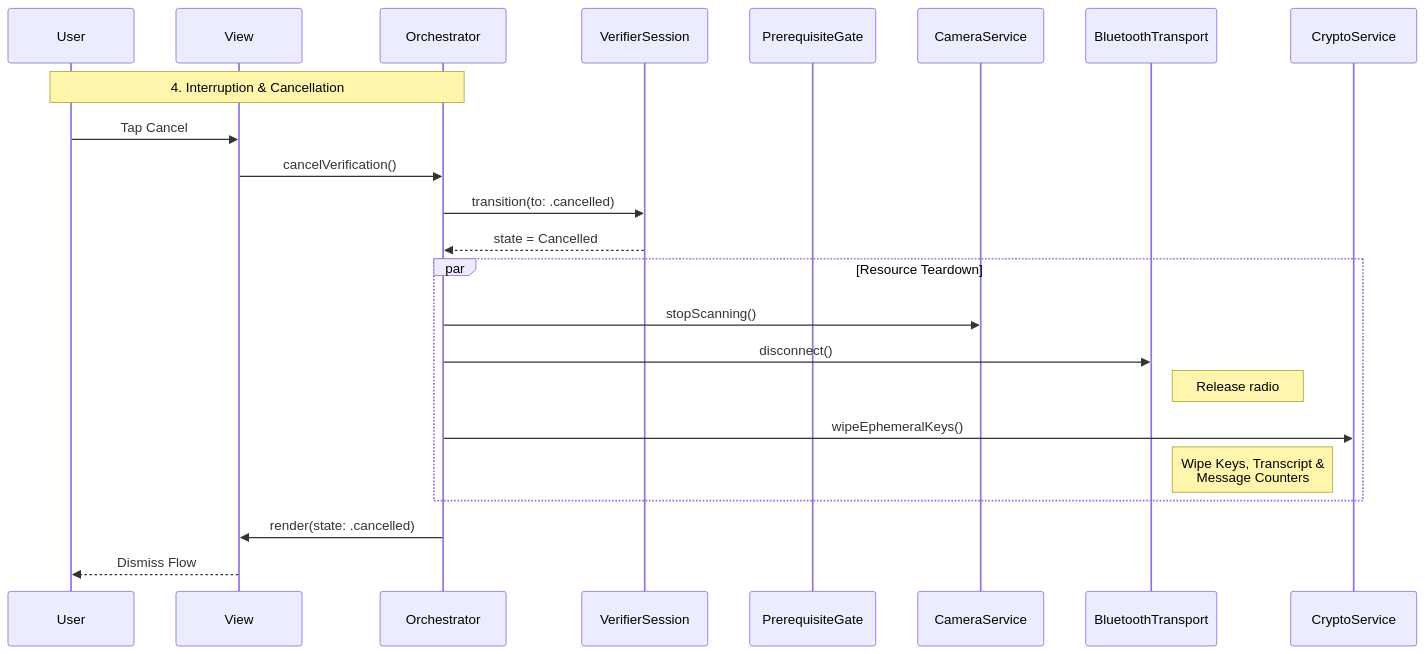
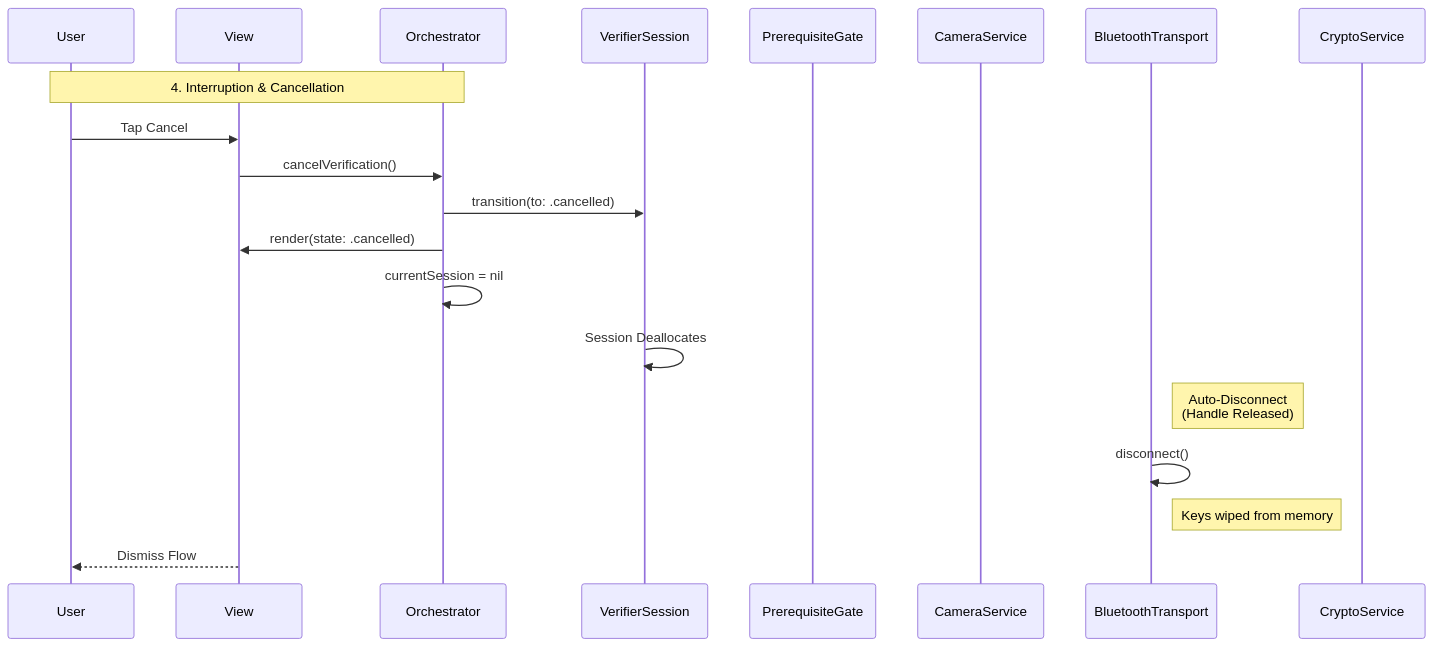
Before and after one commit to govuk-one-login/mobile-credential-sharing-docs: the eighth of 8 diagrams in verifier-solution-architecture.md, drawn with Mermaid. The commit also changed other lines of this file, not shown here.

Commit message:
updates to verifier solution architecture to match holder

````diff
--- a/verifier-solution-architecture.md
+++ b/verifier-solution-architecture.md
@@ -524,33 +560,33 @@
 ```mermaid
 sequenceDiagram
     participant User
     participant UI as View
     participant OR as Orchestrator
     participant VS as VerifierSession
     participant PG as PrerequisiteGate
     participant CAM as CameraService
     participant BLE as BluetoothTransport
     participant CRY as CryptoService
 
     Note over User, OR: 4. Interruption & Cancellation
 
     User->>UI: Tap Cancel
     UI->>OR: cancelVerification()
-    
-    %% Transition First
+
+    %% Transition to Cancelled state first
     OR->>VS: transition(to: .cancelled)
-    VS-->>OR: state = Cancelled
-    
-    %% Teardown Effects
-    par Resource Teardown
-        OR->>CAM: stopScanning()
-        OR->>BLE: disconnect()
-        Note right of BLE: Release radio
-        
-        OR->>CRY: wipeEphemeralKeys()
-        Note left of CRY: Wipe Keys, Transcript &<br/>Message Counters
-    end
-    
     OR->>UI: render(state: .cancelled)
+
+    %% Implicit Teardown
+    OR->>OR: currentSession = nil
+
+    VS->>VS: Session Deallocates
+
+    %% Automatic Cleanup Effects
+    Note right of BLE: Auto-Disconnect<br/>(Handle Released)
+    BLE->>BLE: disconnect()
+
+    Note left of CRY: Keys wiped from memory
+
     UI-->>User: Dismiss Flow
 ```
````
